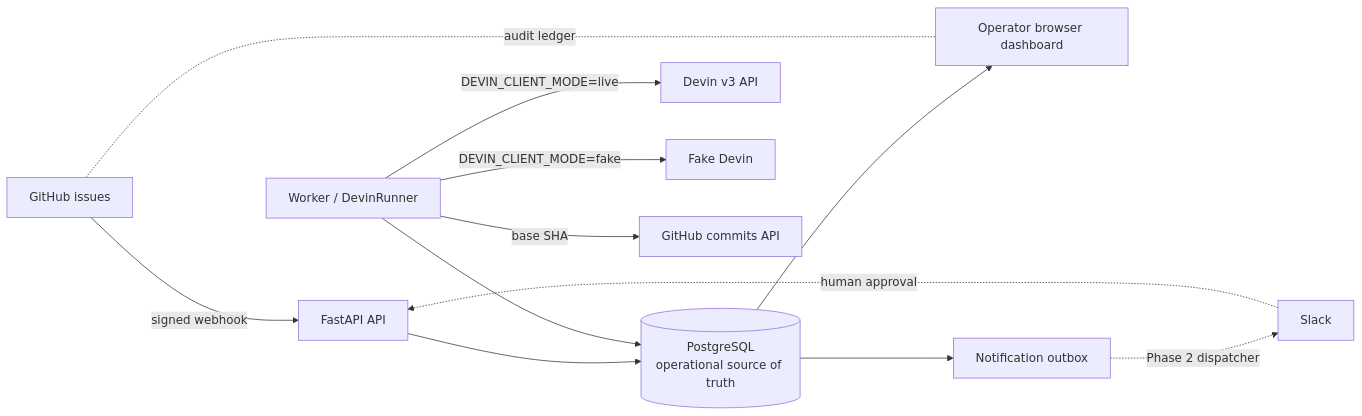
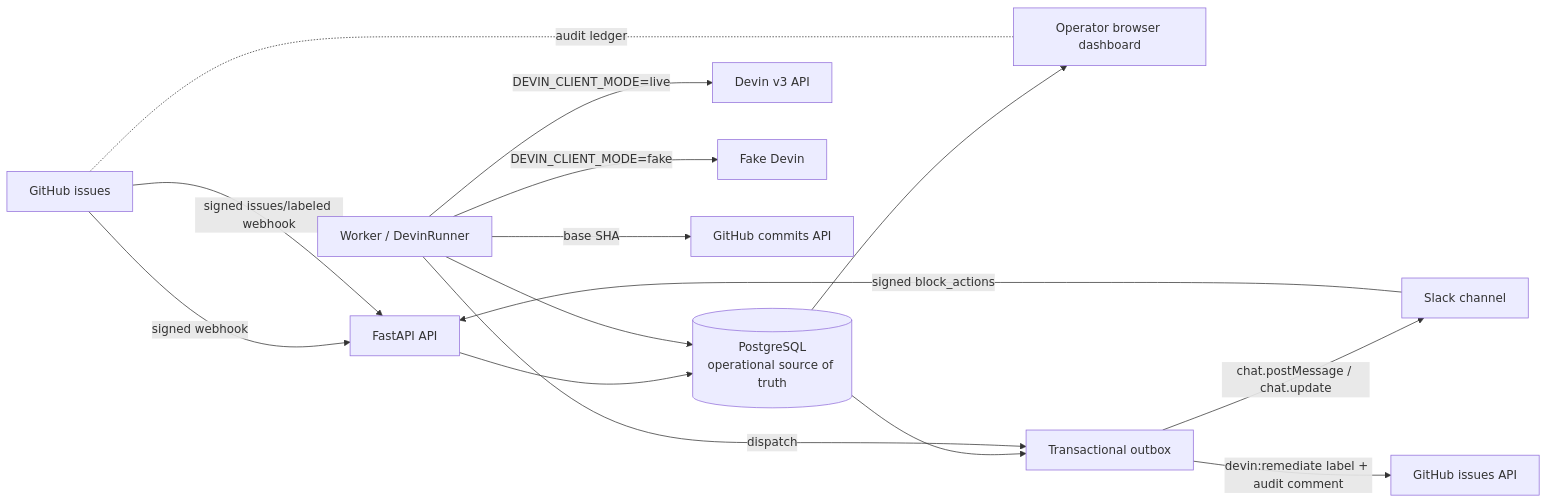
Before and after one commit to marcelaubry/superset-devin-remediator: the first of 2 diagrams in docs/architecture.md, drawn with Mermaid. The commit also changed other lines of this file and 42 other files, not shown here.

First line of the commit message:
Phase 3: Slack approval with GitHub label dispatch and signed webhook confirmation

````diff
--- a/docs/architecture.md
+++ b/docs/architecture.md
@@ -26,14 +45,17 @@
 ```mermaid
 flowchart LR
   GH[GitHub issues] -->|signed webhook| API[FastAPI API]
   API --> DB[(PostgreSQL\noperational source of truth)]
   W[Worker / DevinRunner] --> DB
   W -->|DEVIN_CLIENT_MODE=live| L[Devin v3 API]
   W -->|DEVIN_CLIENT_MODE=fake| D[Fake Devin]
   W -->|base SHA| GHAPI[GitHub commits API]
   DB --> UI[Operator browser dashboard]
-  DB --> O[Notification outbox]
-  O -. Phase 2 dispatcher .-> SL[Slack]
-  SL -. human approval .-> API
+  DB --> O[Transactional outbox]
+  W -->|dispatch| O
+  O -->|chat.postMessage / chat.update| SL[Slack channel]
+  SL -->|signed block_actions| API
+  O -->|devin:remediate label + audit comment| GHAPI2[GitHub issues API]
+  GH -->|signed issues/labeled webhook| API
   GH -. audit ledger .- UI
 ```
````
